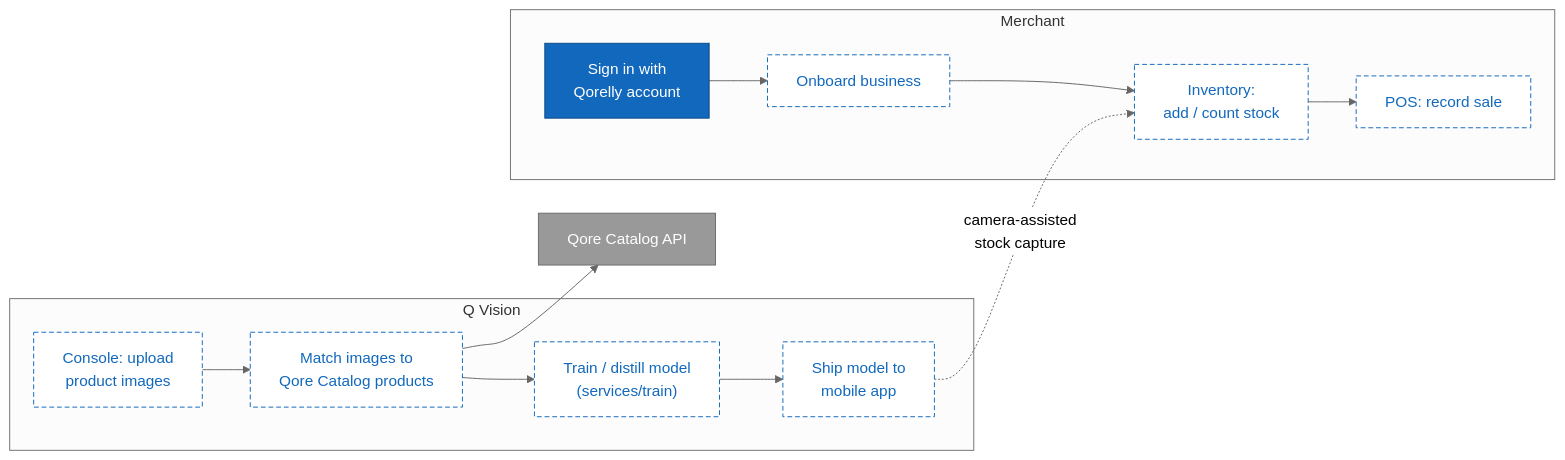
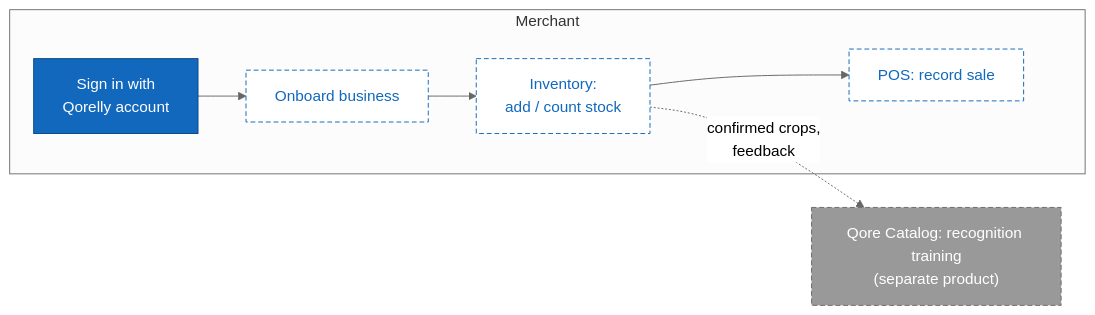
One commit to usecorehq/tally changed the diagram in docs/diagrams/mermaid/system-flowchart.mmd. Above: the diagram before and after it, drawn with Mermaid. The commit also changed 51 other files, not shown here.

First line of the commit message:
chore: remove the q vision console and train service

```diff
--- a/docs/diagrams/mermaid/system-flowchart.mmd
+++ b/docs/diagrams/mermaid/system-flowchart.mmd
@@ -1,24 +1,16 @@
 %%{init: {"theme": "neutral"} }%%
 flowchart LR
     subgraph merchantSide[" Merchant "]
         signup["Sign in with<br/>Qorelly account"]:::built
         onboard["Onboard business"]:::planned
         inv["Inventory:<br/>add / count stock"]:::planned
         pos["POS: record sale"]:::planned
     end
-    subgraph vision[" Q Vision "]
-        upload["Console: upload<br/>product images"]:::planned
-        label["Match images to<br/>Qore Catalog products"]:::planned
-        trainJob["Train / distill model<br/>(services/train)"]:::planned
-        ship["Ship model to<br/>mobile app"]:::planned
-    end
-    catalog["Qore Catalog API"]:::ext
+    qcTrain["Qore Catalog: recognition training<br/>(separate product)"]:::plannedExt
 
     signup --> onboard --> inv --> pos
-    upload --> label --> trainJob --> ship
-    label --> catalog
-    ship -. "camera-assisted<br/>stock capture" .-> inv
+    inv -. "confirmed crops,<br/>feedback" .-> qcTrain
 
     classDef built fill:#1168bd,stroke:#0b4884,color:#fff
     classDef planned fill:#ffffff,stroke:#1168bd,color:#1168bd,stroke-dasharray: 5 3
-    classDef ext fill:#999999,stroke:#6b6b6b,color:#fff
+    classDef plannedExt fill:#999999,stroke:#6b6b6b,color:#fff,stroke-dasharray: 5 3
```
